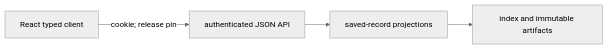
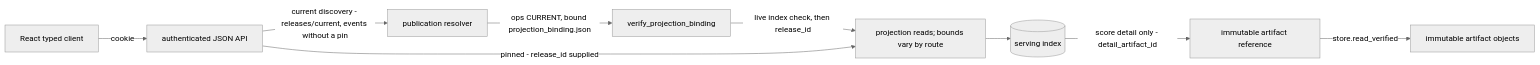
The first of 2 diagrams in engine/v2/serving/ARCHITECTURE.md (yshewchuk/investment-validation), drawn with Mermaid (neutral theme) before and after one commit. The commit also changed other lines of this file, not shown here.

First line of the commit message:
docs(serving): read-path and publication diagrams (3/3, #190) (#300)

````diff
--- a/engine/v2/serving/ARCHITECTURE.md
+++ b/engine/v2/serving/ARCHITECTURE.md
@@ -82,5 +83,11 @@
 ```mermaid
 flowchart LR
-  React[React typed client] -->|cookie; release pin| API[authenticated JSON API]
-  API --> Projection[saved-record projections] --> Saved[index and immutable artifacts]
+  React[React typed client] -->|cookie| API[authenticated JSON API]
+  API -->|current discovery - releases/current, events without a pin| Resolver[publication resolver]
+  Resolver -->|ops CURRENT, bound projection_binding.json| Verify[verify_projection_binding]
+  Verify -->|live index check, then release_id| Reads[projection reads; bounds vary by route]
+  API -->|pinned - release_id supplied| Reads
+  Reads --> Index[(serving index)]
+  Index -->|score detail only - detail_artifact_id| Ref[immutable artifact reference]
+  Ref -->|store.read_verified| Objects[immutable artifact objects]
 ```
````
